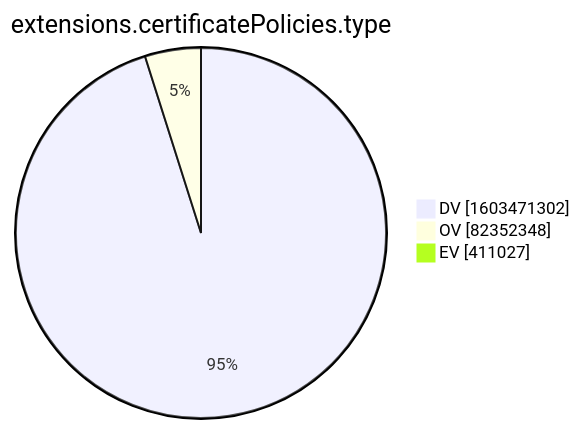
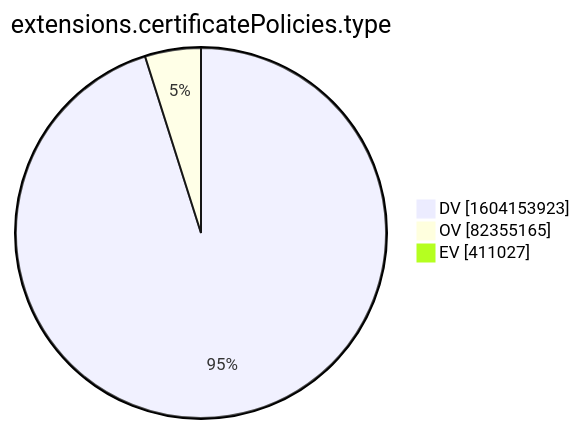
The tenth of 15 diagrams in xenon2022/README.md (christiankrug/ctmonitor_visualization), drawn with Mermaid before and after one commit. The commit also changed other lines of this file, not shown here.

````diff
--- a/xenon2022/README.md
+++ b/xenon2022/README.md
@@ -2878,7 +2878,7 @@
 ```mermaid
 pie showData
 title extensions.certificatePolicies.type
-"DV" :1603471302
-"OV" :82352348
+"DV" :1604153923
+"OV" :82355165
 "EV" :411027
 ```
````
